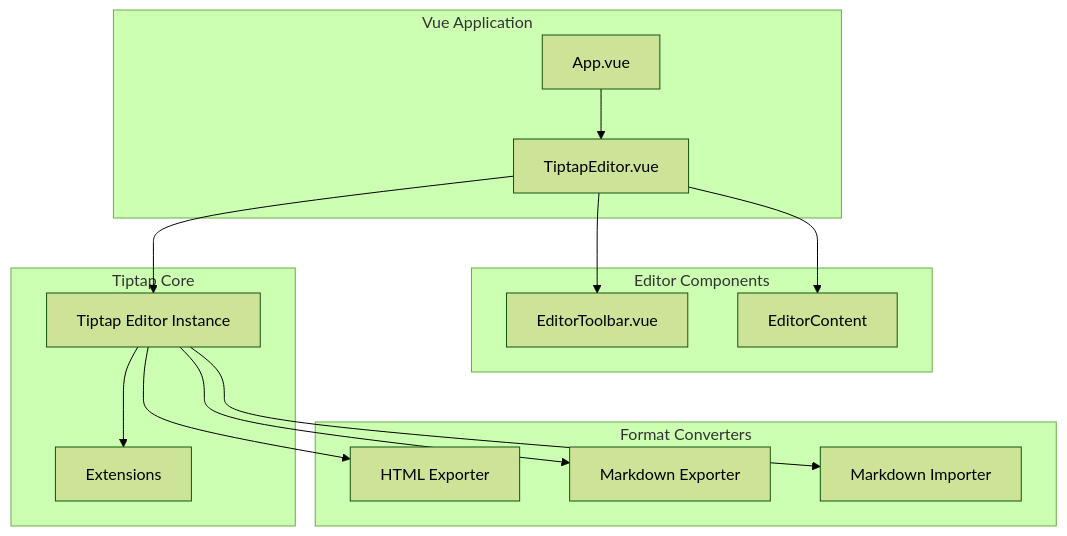
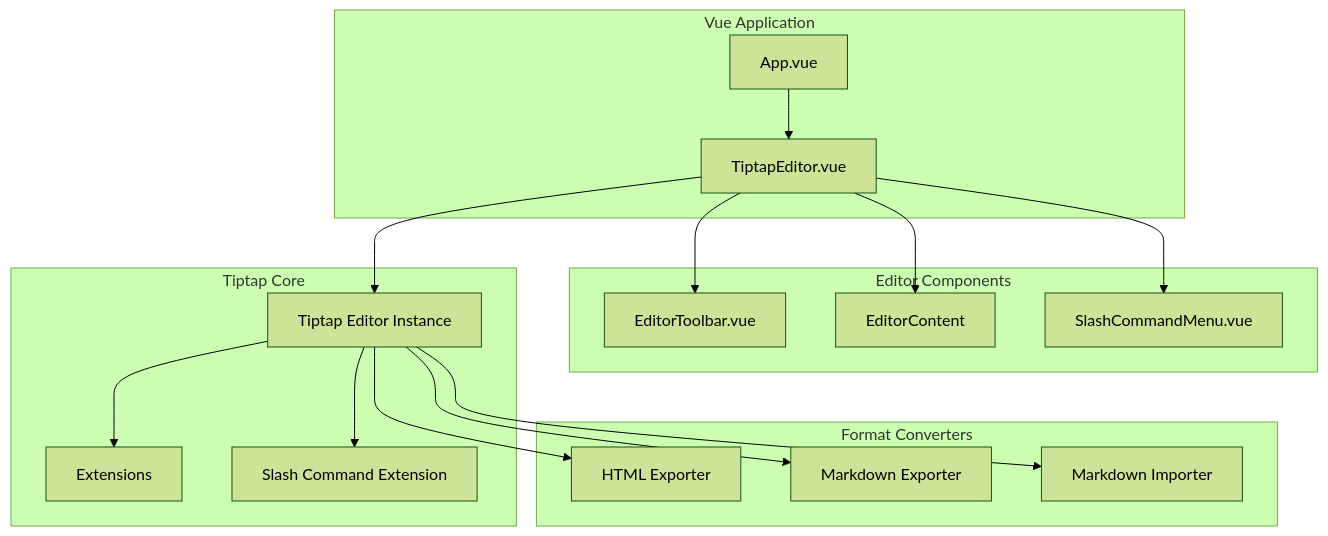
One commit to rainke/tiptap-rich-editor changed the diagram in .kiro/specs/tiptap-rich-editor/design.md. Above: the diagram before and after it, drawn with Mermaid (forest theme). The commit also changed other lines of this file and 7 other files, not shown here.

Commit message:
feat: 支持 slash command menu

````diff
--- a/.kiro/specs/tiptap-rich-editor/design.md
+++ b/.kiro/specs/tiptap-rich-editor/design.md
@@ -11,32 +11,36 @@
 ```mermaid
 graph TB
     subgraph "Vue Application"
         App[App.vue]
         Editor[TiptapEditor.vue]
     end
     
     subgraph "Editor Components"
         Toolbar[EditorToolbar.vue]
         Content[EditorContent]
+        SlashMenu[SlashCommandMenu.vue]
     end
     
     subgraph "Tiptap Core"
         TiptapCore[Tiptap Editor Instance]
         Extensions[Extensions]
+        SlashExtension[Slash Command Extension]
     end
     
     subgraph "Format Converters"
         HTMLExporter[HTML Exporter]
         MarkdownExporter[Markdown Exporter]
         MarkdownImporter[Markdown Importer]
     end
     
     App --> Editor
     Editor --> Toolbar
     Editor --> Content
+    Editor --> SlashMenu
     Editor --> TiptapCore
     TiptapCore --> Extensions
+    TiptapCore --> SlashExtension
     TiptapCore --> HTMLExporter
     TiptapCore --> MarkdownExporter
     TiptapCore --> MarkdownImporter
 ```
````
